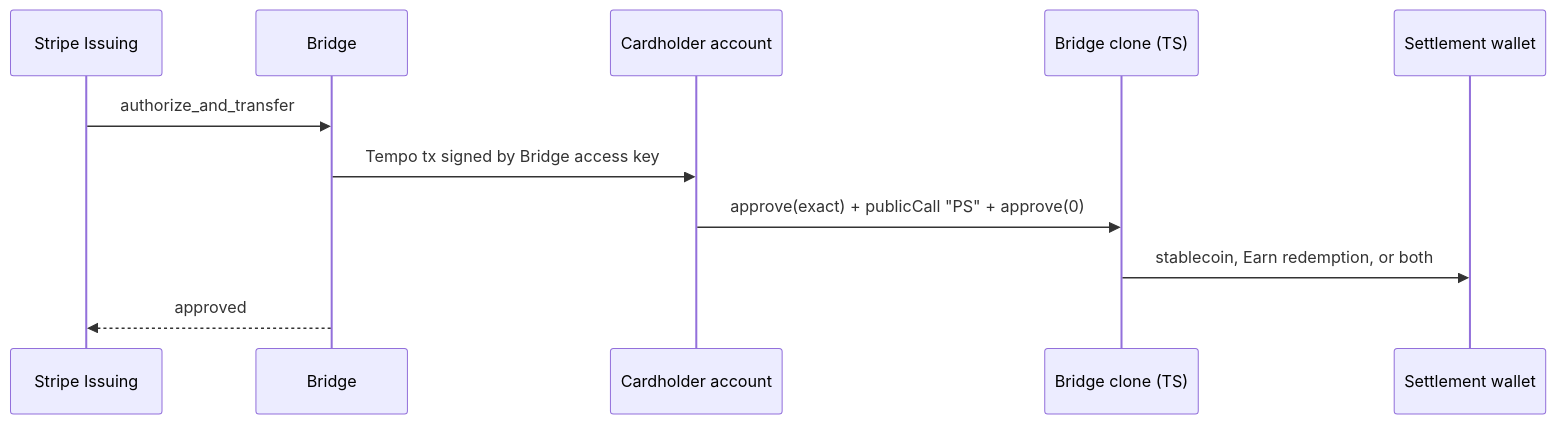
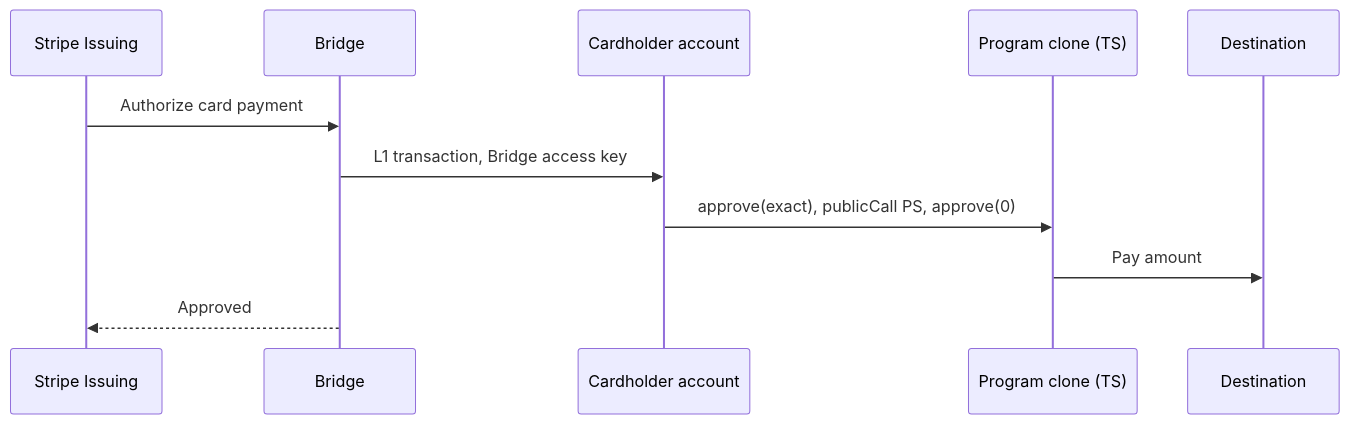
Before and after one commit to tempoxyz/contracts: the first of 3 diagrams in docs/bridge/design.md, drawn with Mermaid. The commit also changed other lines of this file and 4 other files, not shown here.

````diff
--- a/docs/bridge/design.md
+++ b/docs/bridge/design.md
@@ -92,13 +106,13 @@
 ```mermaid
 sequenceDiagram
     participant S as Stripe Issuing
     participant B as Bridge
     participant A as Cardholder account
-    participant C as Bridge clone (TS)
-    participant D as Settlement wallet
-    S->>B: authorize_and_transfer
-    B->>A: Tempo tx signed by Bridge access key
-    A->>C: approve(exact) + publicCall "PS" + approve(0)
-    C->>D: stablecoin, Earn redemption, or both
-    B-->>S: approved
+    participant C as Program clone (TS)
+    participant D as Destination
+    S->>B: Authorize card payment
+    B->>A: L1 transaction, Bridge access key
+    A->>C: approve(exact), publicCall PS, approve(0)
+    C->>D: Pay amount
+    B-->>S: Approved
 ```
````
